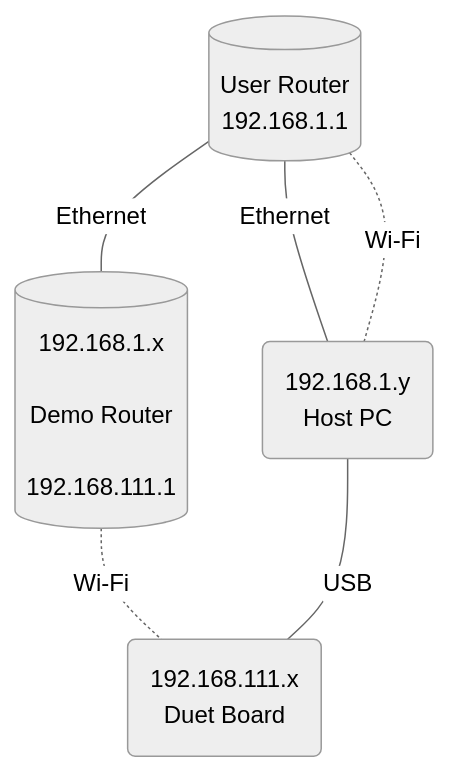
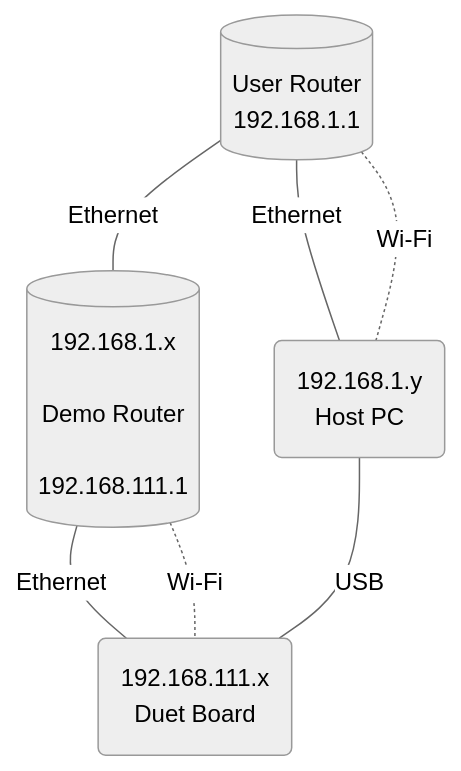
Before and after one commit to Duet3D/MQTT-WPA2-Enterprise-Demo: the diagram in README.md, drawn with Mermaid (neutral theme). The commit also changed other lines of this file, not shown here.

Commit message:
Add note on README about Ethernet-to-USB adapter

````diff
--- a/README.md
+++ b/README.md
@@ -21,8 +24,9 @@
 ```mermaid
 graph TD
  user[(<center>User Router<br>192.168.1.1</center>)]---|Ethernet|demo[(<center>192.168.1.x<br><br>Demo Router<br><br>192.168.111.1</center>)]
- demo-.-|Wi-Fi|duet(<center>192.168.111.x<br>Duet Board</center>)
+ demo---|Ethernet|duet(<center>192.168.111.x<br>Duet Board</center>)
+ demo-.-|Wi-Fi|duet
  user---|Ethernet|pc(<center>192.168.1.y<br>Host PC</center>)
  user-.-|Wi-Fi|pc
  pc---|USB|duet
 ```
````
